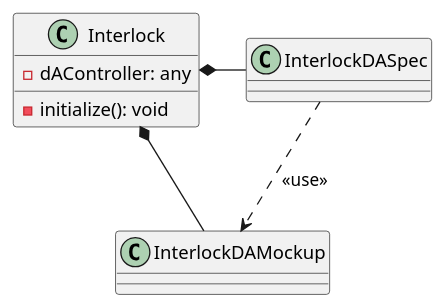
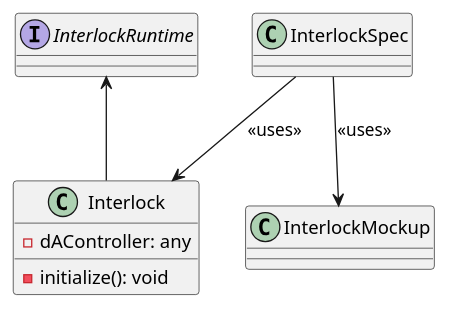
One commit to p2o-lab/polaris-backend changed the diagram in src/modularPlantManager/pea/dataAssembly/_extensions/interlockDA/Interlock.puml. Above: the diagram before and after it, drawn with PlantUML. The commit also changed 138 other files, not shown here.

```diff
--- a/src/modularPlantManager/pea/dataAssembly/_extensions/interlockDA/Interlock.puml
+++ b/src/modularPlantManager/pea/dataAssembly/_extensions/interlockDA/Interlock.puml
@@ -26,14 +26,15 @@
 @startuml
 'https://plantuml.com/class-diagram
 
+interface InterlockRuntime
 
 class Interlock{
     - dAController: any
     - initialize(): void
 }
 
-Interlock *- InterlockDASpec
-InterlockDASpec ..> InterlockDAMockup : <<use>>
-Interlock *- InterlockDAMockup
+InterlockRuntime <-- Interlock
+InterlockSpec --> Interlock : <<uses>>
+InterlockSpec --> InterlockMockup : <<uses>>
 
 @enduml
```
